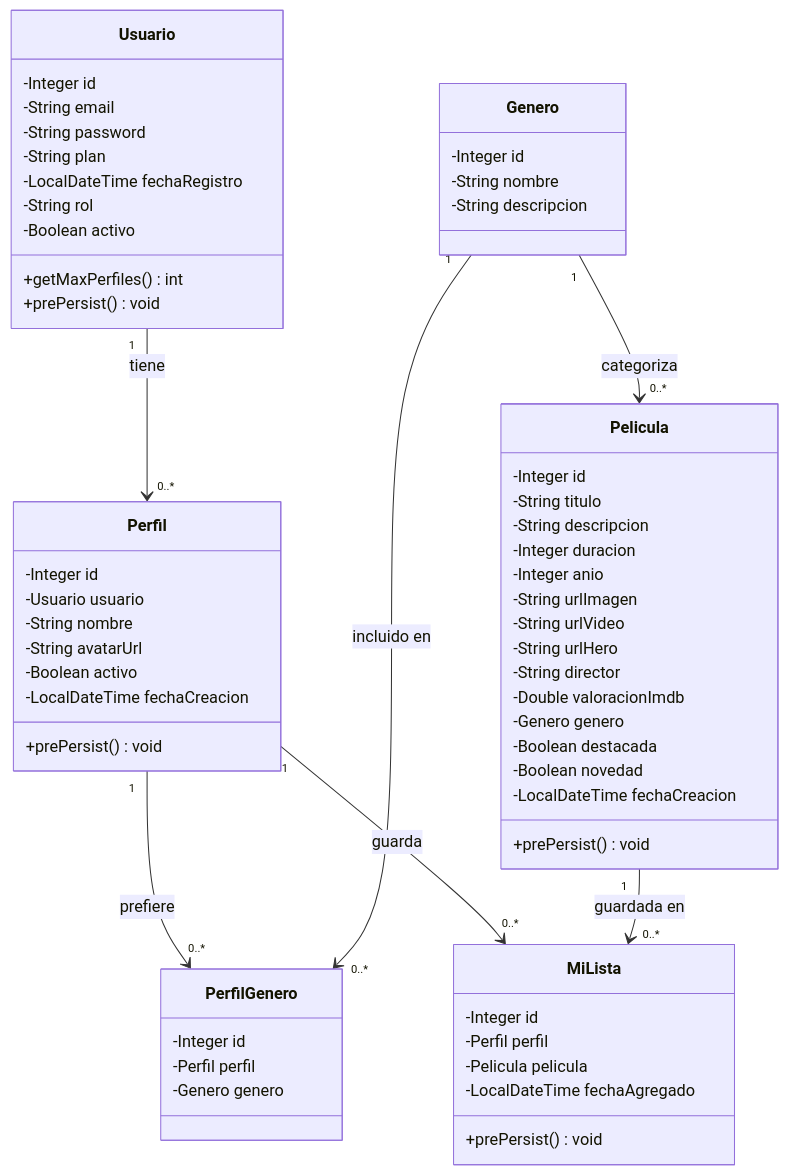
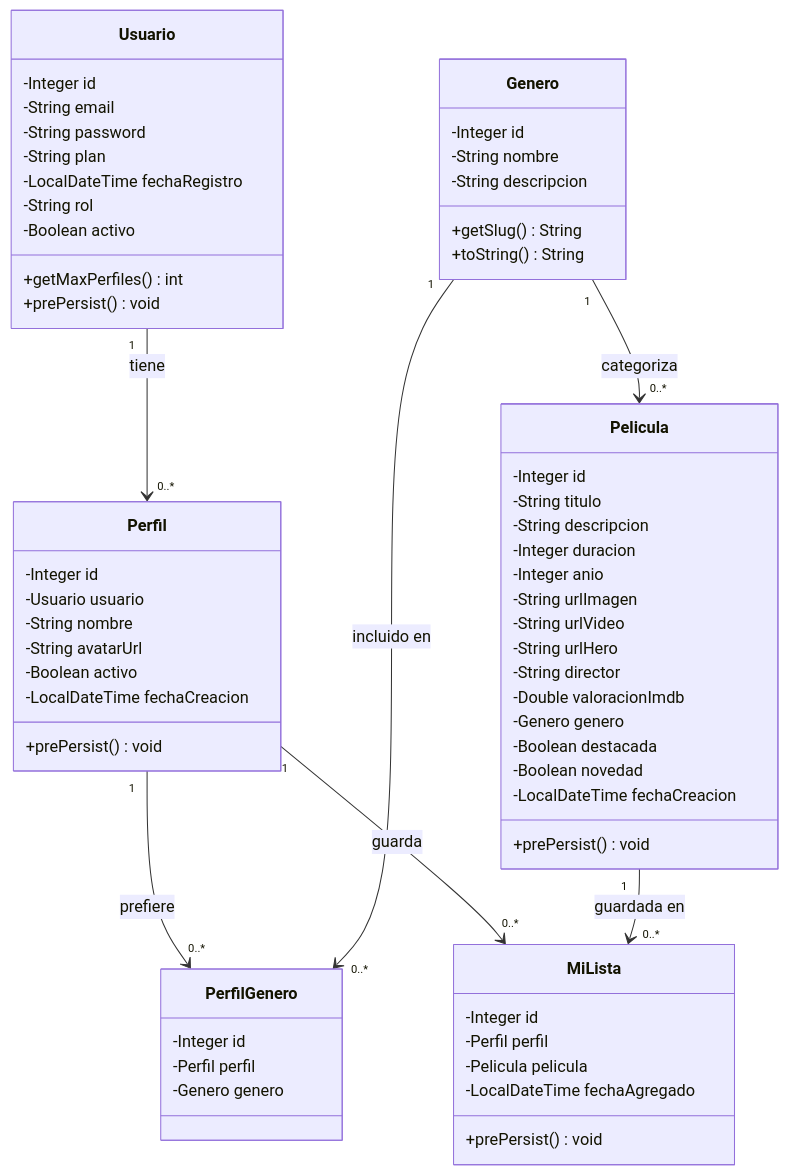
The sixth of 9 diagrams in README.md (JRK11177YT/Cinetrack), drawn with Mermaid before and after one commit. The commit also changed 2 other files, not shown here.

Commit message:
refactor: add business logic methods to Genero entity
- Added getSlug() method to Genero for CSS class generation
- Added toString() override for better logging
- Updated UML Class diagrams in docs and README to reflect new methods

````diff
--- a/README.md
+++ b/README.md
@@ -381,69 +381,71 @@
 ```mermaid
 classDiagram
     class Usuario {
         -Integer id
         -String email
         -String password
         -String plan
         -LocalDateTime fechaRegistro
         -String rol
         -Boolean activo
         +getMaxPerfiles() int
         +prePersist() void
     }
 
     class Perfil {
         -Integer id
         -Usuario usuario
         -String nombre
         -String avatarUrl
         -Boolean activo
         -LocalDateTime fechaCreacion
         +prePersist() void
     }
 
     class Pelicula {
         -Integer id
         -String titulo
         -String descripcion
         -Integer duracion
         -Integer anio
         -String urlImagen
         -String urlVideo
         -String urlHero
         -String director
         -Double valoracionImdb
         -Genero genero
         -Boolean destacada
         -Boolean novedad
         -LocalDateTime fechaCreacion
         +prePersist() void
     }
 
     class Genero {
         -Integer id
         -String nombre
         -String descripcion
+        +getSlug() String
+        +toString() String
     }
 
     class PerfilGenero {
         -Integer id
         -Perfil perfil
         -Genero genero
     }
 
     class MiLista {
         -Integer id
         -Perfil perfil
         -Pelicula pelicula
         -LocalDateTime fechaAgregado
         +prePersist() void
     }
 
     Usuario "1" --> "0..*" Perfil : tiene
     Perfil "1" --> "0..*" PerfilGenero : prefiere
     Genero "1" --> "0..*" PerfilGenero : incluido en
     Perfil "1" --> "0..*" MiLista : guarda
     Pelicula "1" --> "0..*" MiLista : guardada en
     Genero "1" --> "0..*" Pelicula : categoriza
 ```
````
